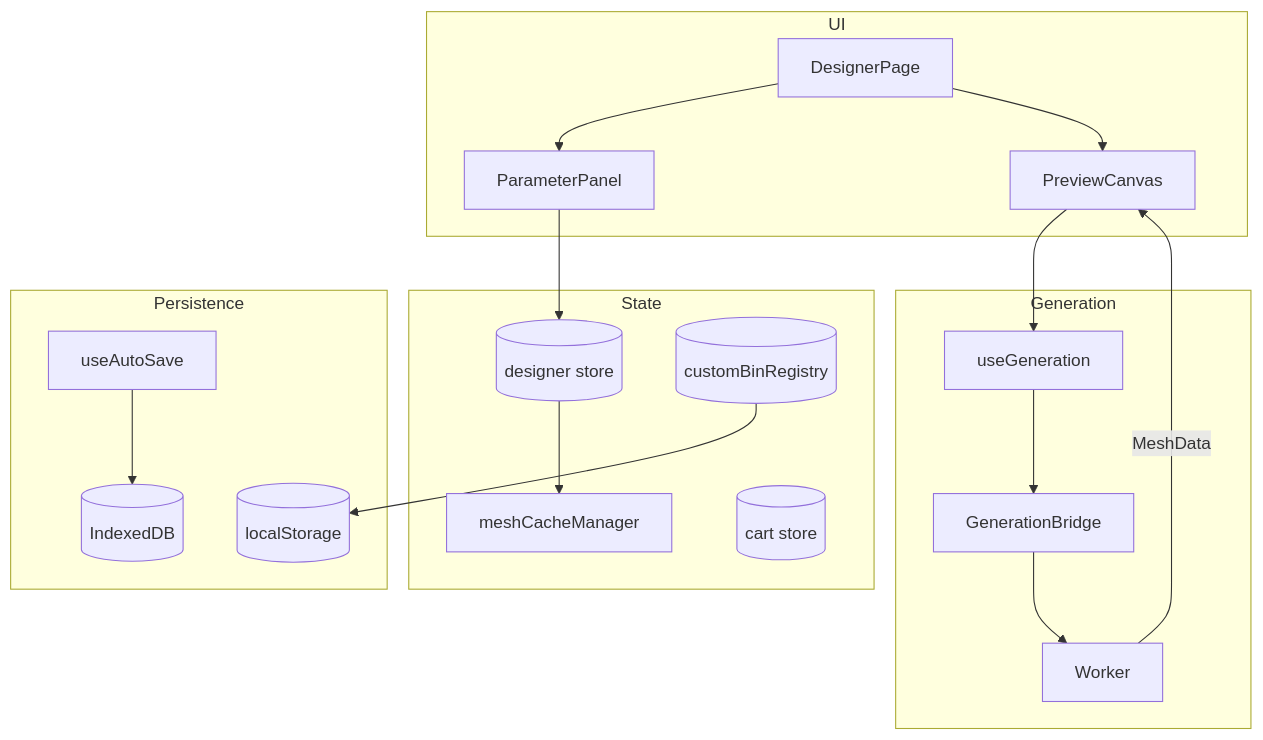
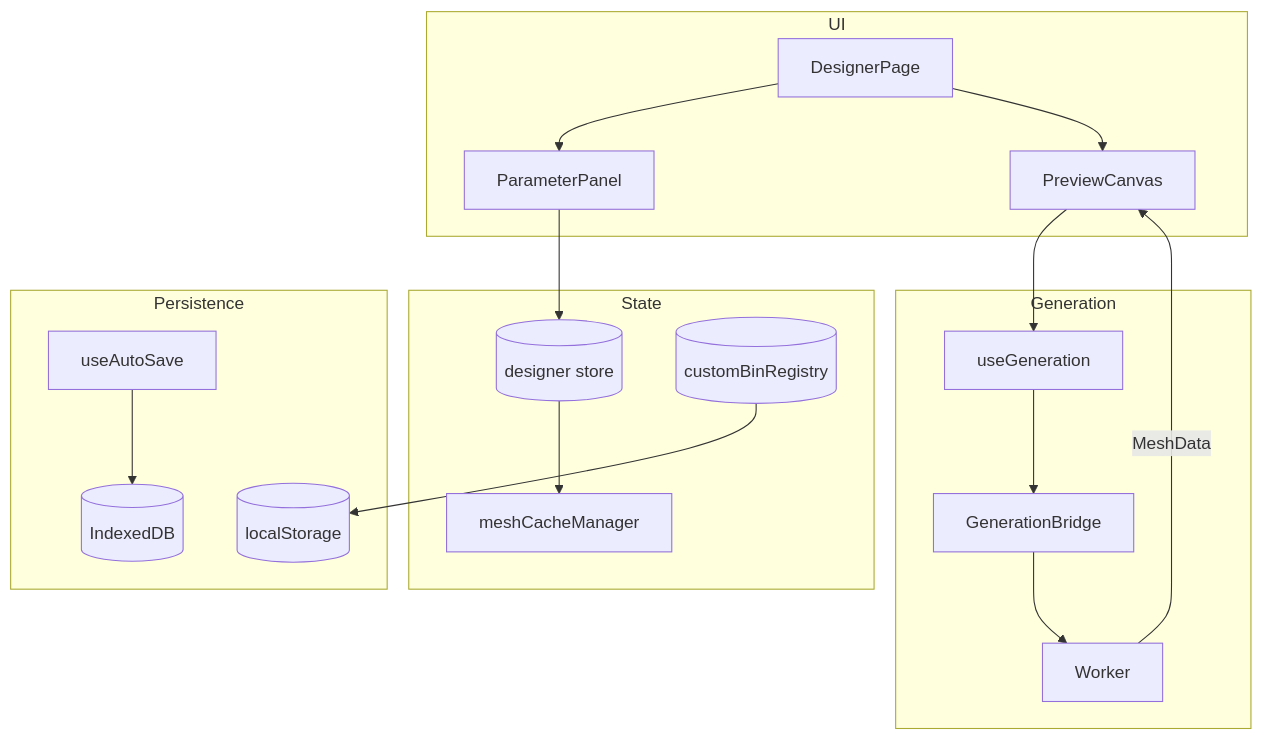
Before and after one commit to andymai/gridfinity-layout-tool: the diagram in src/features/bin-designer/README.md, drawn with Mermaid. The commit also changed other lines of this file and 16 other files, not shown here.

````diff
--- a/src/features/bin-designer/README.md
+++ b/src/features/bin-designer/README.md
@@ -5,21 +5,20 @@
 ```mermaid
 graph TB
     subgraph UI
         DP[DesignerPage] --> PP[ParameterPanel] & PC[PreviewCanvas]
     end
     subgraph State
         DS[(designer store)] --> MCM[meshCacheManager]
-        CS[(cart store)]
         CBR[(customBinRegistry)]
     end
     subgraph Generation
         UG[useGeneration] --> GB[GenerationBridge] --> Worker
         Worker -->|MeshData| PC
     end
     subgraph Persistence
         UAS[useAutoSave] --> IDB[(IndexedDB)]
         CBR --> LS[(localStorage)]
     end
     PP --> DS
     PC --> UG
 ```
````
